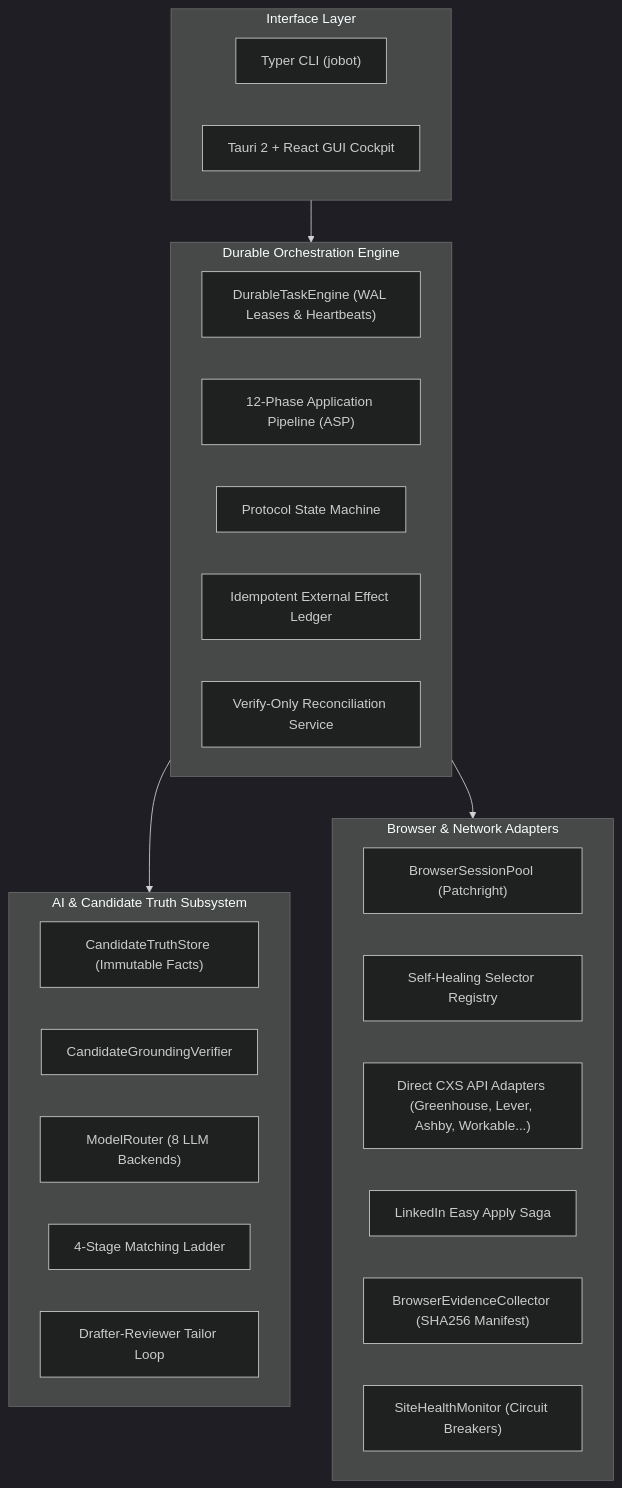
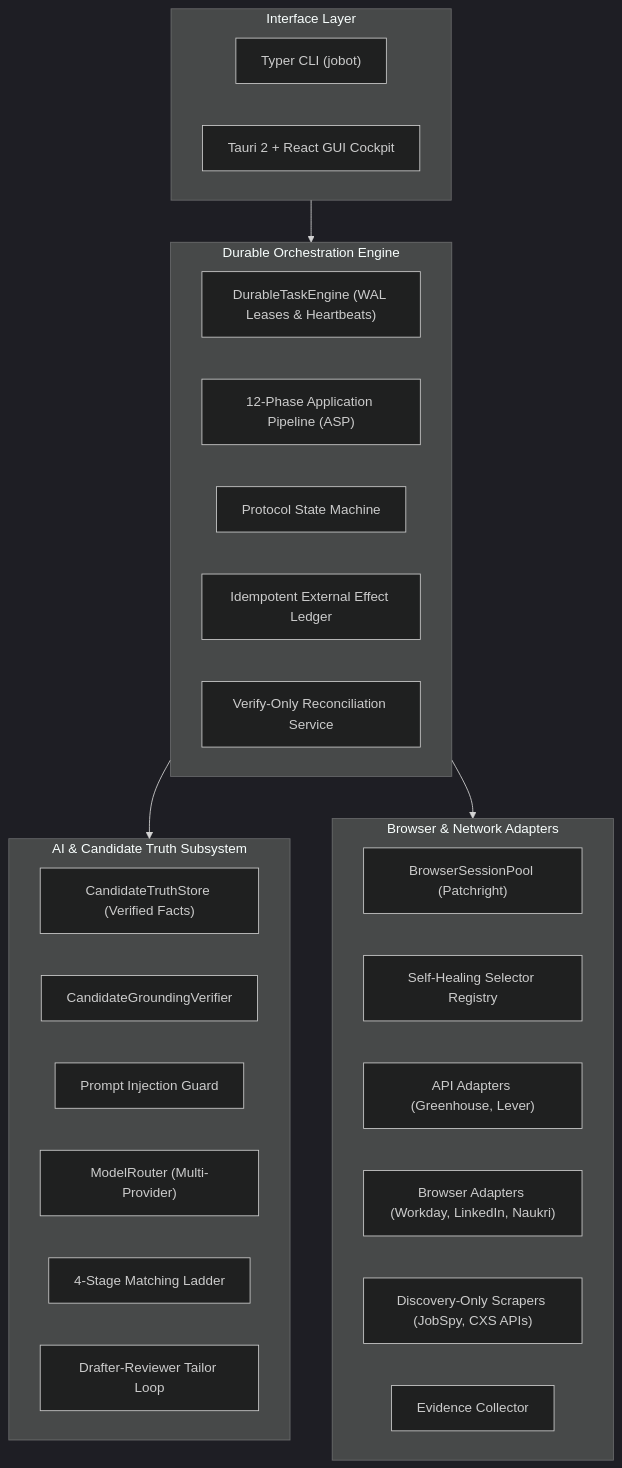
The diagram in README.md (aryansinghnagar/JoBot), drawn with Mermaid (dark theme) before and after one commit. The commit also changed other lines of this file and 54 other files, not shown here.

````diff
--- a/README.md
+++ b/README.md
@@ -56,36 +77,37 @@
 ```mermaid
 flowchart TD
     subgraph UI_Layer ["Interface Layer"]
         CLI["Typer CLI (jobot)"]
         GUI["Tauri 2 + React GUI Cockpit"]
     end
 
     subgraph Core_Engine ["Durable Orchestration Engine"]
         Engine["DurableTaskEngine (WAL Leases & Heartbeats)"]
         ASP["12-Phase Application Pipeline (ASP)"]
         SM["Protocol State Machine"]
         Effects["Idempotent External Effect Ledger"]
         Reconcile["Verify-Only Reconciliation Service"]
     end
 
     subgraph AI_Layer ["AI & Candidate Truth Subsystem"]
-        Truth["CandidateTruthStore (Immutable Facts)"]
+        Truth["CandidateTruthStore (Verified Facts)"]
         Verifier["CandidateGroundingVerifier"]
-        Router["ModelRouter (8 LLM Backends)"]
+        Guard["Prompt Injection Guard"]
+        Router["ModelRouter (Multi-Provider)"]
         Ladder["4-Stage Matching Ladder"]
         Tailor["Drafter-Reviewer Tailor Loop"]
     end
 
     subgraph Integration_Layer ["Browser & Network Adapters"]
         Pool["BrowserSessionPool (Patchright)"]
         Selectors["Self-Healing Selector Registry"]
-        CXS["Direct CXS API Adapters (Greenhouse, Lever, Ashby, Workable...)"]
-        Saga["LinkedIn Easy Apply Saga"]
-        Evidence["BrowserEvidenceCollector (SHA256 Manifest)"]
-        Health["SiteHealthMonitor (Circuit Breakers)"]
+        API_Adapters["API Adapters (Greenhouse, Lever)"]
+        Browser_Adapters["Browser Adapters (Workday, LinkedIn, Naukri)"]
+        Discovery["Discovery-Only Scrapers (JobSpy, CXS APIs)"]
+        Evidence["Evidence Collector"]
     end
 
     UI_Layer --> Core_Engine
     Core_Engine --> AI_Layer
     Core_Engine --> Integration_Layer
 ```
````
